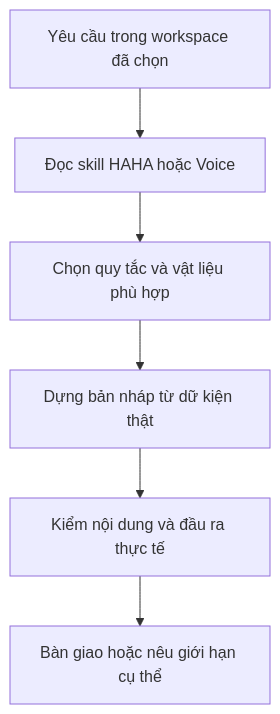
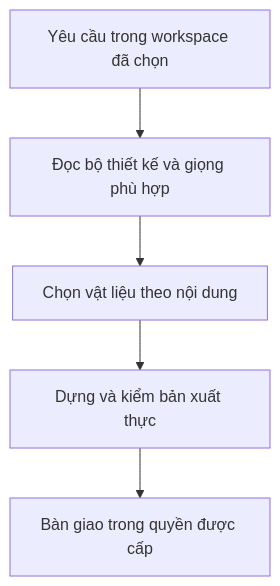
Before and after one commit to Kaiemon24/haha-voice-client-handover: the diagram in packages/haha/handover/BOD-FLOWCHART.md, drawn with Mermaid. The commit also changed 3553 other files, not shown here.

````diff
--- a/packages/haha/handover/BOD-FLOWCHART.md
+++ b/packages/haha/handover/BOD-FLOWCHART.md
@@ -3,8 +3,7 @@
 ```mermaid
 flowchart TD
-A[Yêu cầu trong workspace đã chọn] --> B[Đọc skill HAHA hoặc Voice]
-B --> C[Chọn quy tắc và vật liệu phù hợp]
-C --> D[Dựng bản nháp từ dữ kiện thật]
-D --> E[Kiểm nội dung và đầu ra thực tế]
-E --> F[Bàn giao hoặc nêu giới hạn cụ thể]
+A[Yêu cầu trong workspace đã chọn] --> B[Đọc bộ thiết kế và giọng phù hợp]
+B --> C[Chọn vật liệu theo nội dung]
+C --> D[Dựng và kiểm bản xuất thực]
+D --> E[Bàn giao trong quyền được cấp]
 ```
````
